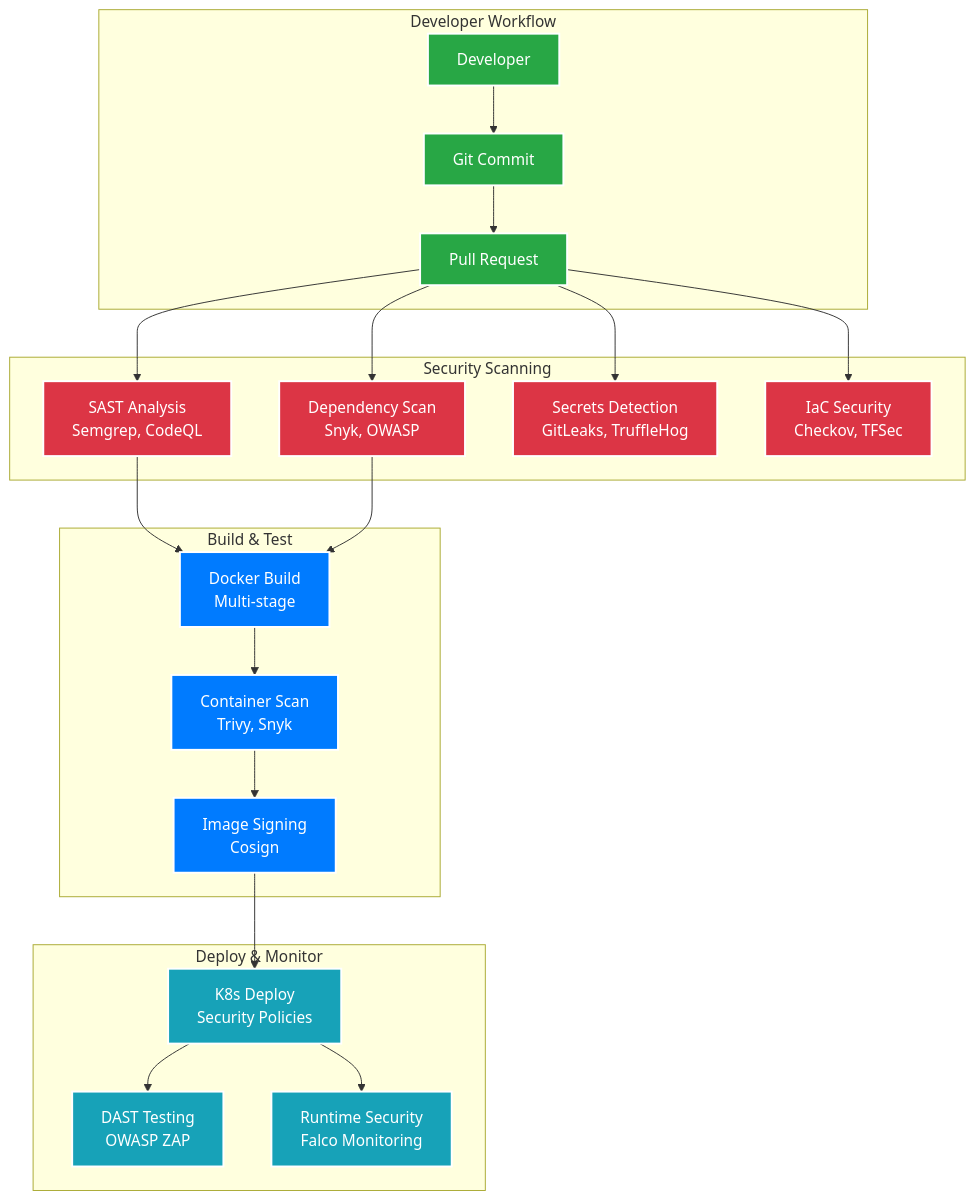
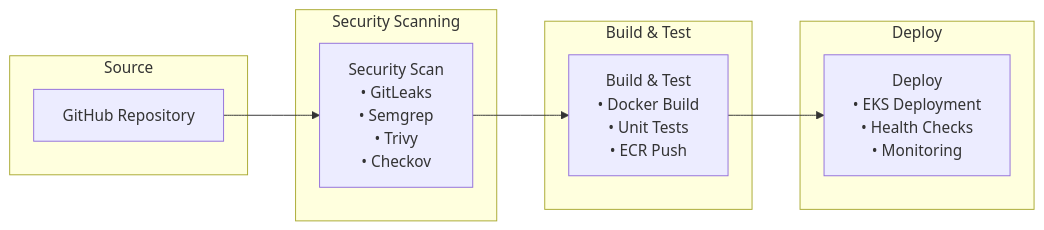
Before and after one commit to abdihakim-said/cloudmart-enterprise-devsecops: the second of 2 diagrams in README.md, drawn with Mermaid. The commit also changed other lines of this file and 1 other file, not shown here.

````diff
--- a/README.md
+++ b/README.md
@@ -270,55 +149,22 @@
 ```mermaid
-flowchart TD
-    subgraph "Developer Workflow"
-        DEV[Developer]
-        GIT[Git Commit]
-        PR[Pull Request]
+flowchart LR
+    subgraph "Source"
+        GH[GitHub Repository]
     end
-
+    
     subgraph "Security Scanning"
-        SAST[SAST Analysis<br/>Semgrep, CodeQL]
-        DEPS[Dependency Scan<br/>Snyk, OWASP]
-        SECRETS[Secrets Detection<br/>GitLeaks, TruffleHog]
-        IAC[IaC Security<br/>Checkov, TFSec]
+        SEC[Security Scan<br/>• GitLeaks<br/>• Semgrep<br/>• Trivy<br/>• Checkov]
     end
-
+    
     subgraph "Build & Test"
-        BUILD[Docker Build<br/>Multi-stage]
-        CONTAINER_SCAN[Container Scan<br/>Trivy, Snyk]
-        SIGN[Image Signing<br/>Cosign]
+        BUILD[Build & Test<br/>• Docker Build<br/>• Unit Tests<br/>• ECR Push]
     end
-
-    subgraph "Deploy & Monitor"
-        DEPLOY[K8s Deploy<br/>Security Policies]
-        DAST[DAST Testing<br/>OWASP ZAP]
-        RUNTIME[Runtime Security<br/>Falco Monitoring]
+    
+    subgraph "Deploy"
+        DEPLOY[Deploy<br/>• EKS Deployment<br/>• Health Checks<br/>• Monitoring]
     end
-
-    %% Flow
-    DEV --> GIT
-    GIT --> PR
-    PR --> SAST
-    PR --> DEPS
-    PR --> SECRETS
-    PR --> IAC
     
-    SAST --> BUILD
-    DEPS --> BUILD
-    BUILD --> CONTAINER_SCAN
-    CONTAINER_SCAN --> SIGN
-    SIGN --> DEPLOY
-    
-    DEPLOY --> DAST
-    DEPLOY --> RUNTIME
-
-    %% Styling
-    classDef dev fill:#28a745,stroke:#fff,stroke-width:2px,color:#fff
-    classDef security fill:#dc3545,stroke:#fff,stroke-width:2px,color:#fff
-    classDef build fill:#007bff,stroke:#fff,stroke-width:2px,color:#fff
-    classDef deploy fill:#17a2b8,stroke:#fff,stroke-width:2px,color:#fff
-
-    class DEV,GIT,PR dev
-    class SAST,DEPS,SECRETS,IAC security
-    class BUILD,CONTAINER_SCAN,SIGN build
-    class DEPLOY,DAST,RUNTIME deploy
+    GH --> SEC
+    SEC --> BUILD
+    BUILD --> DEPLOY
 ```
````
